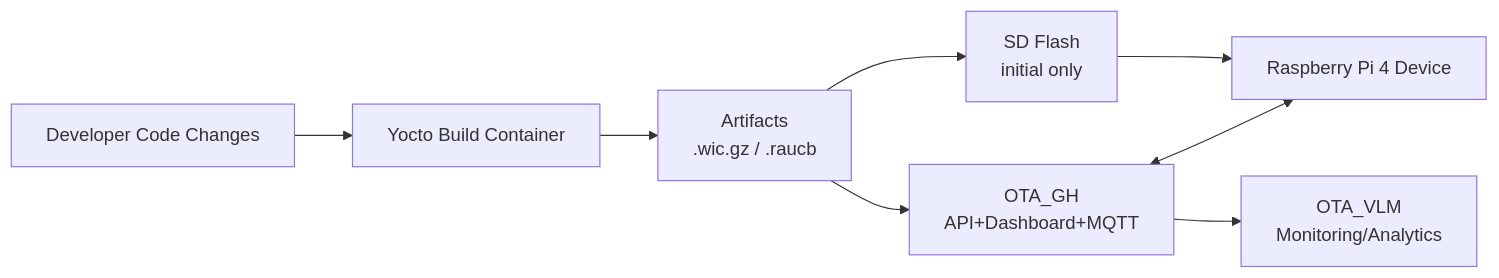
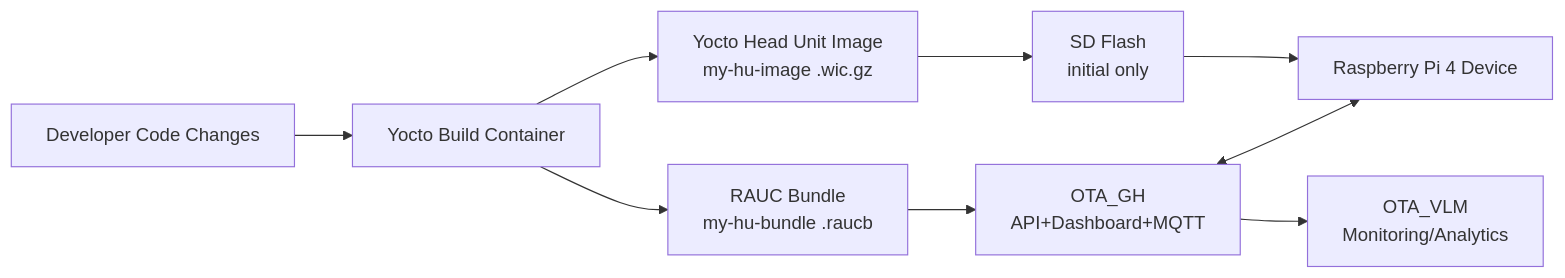
The first of 3 diagrams in README.md (SEAME-MCS-OTA/OTA_Server_ITG), drawn with Mermaid before and after one commit. The commit also changed other lines of this file, not shown here.

Commit message:
docs: add Yocto Head Unit image explicitly to architecture diagram

````diff
--- a/README.md
+++ b/README.md
@@ -82,16 +82,19 @@
 ```mermaid
 flowchart LR
   DEV[Developer Code Changes]
   YOCTO[Yocto Build Container]
-  ART[Artifacts<br/>.wic.gz / .raucb]
+  YIMG["Yocto Head Unit Image<br/>my-hu-image .wic.gz"]
+  RBUNDLE["RAUC Bundle<br/>my-hu-bundle .raucb"]
   SD[SD Flash<br/>initial only]
   RPI[Raspberry Pi 4 Device]
   GH[OTA_GH<br/>API+Dashboard+MQTT]
   VLM[OTA_VLM<br/>Monitoring/Analytics]
 
-  DEV --> YOCTO --> ART
-  ART --> SD --> RPI
-  ART --> GH
+  DEV --> YOCTO
+  YOCTO --> YIMG
+  YOCTO --> RBUNDLE
+  YIMG --> SD --> RPI
+  RBUNDLE --> GH
   GH <--> RPI
   GH --> VLM
 ```
````
